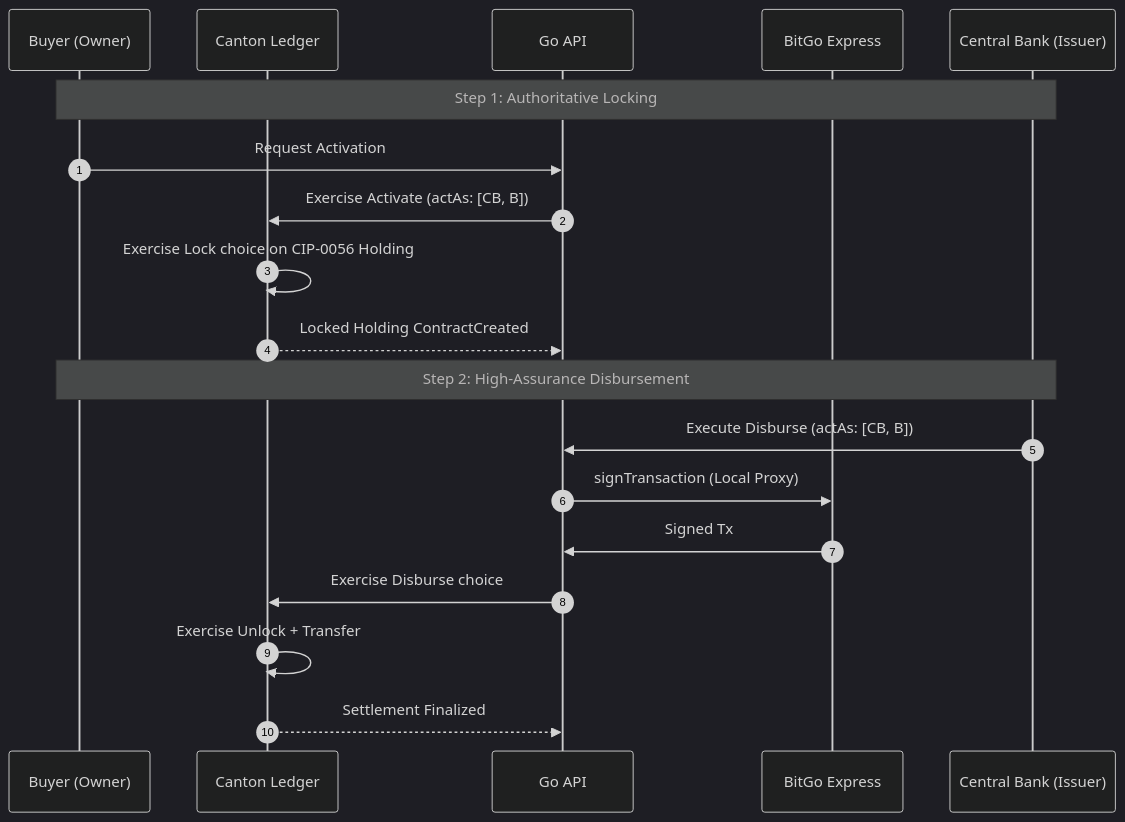
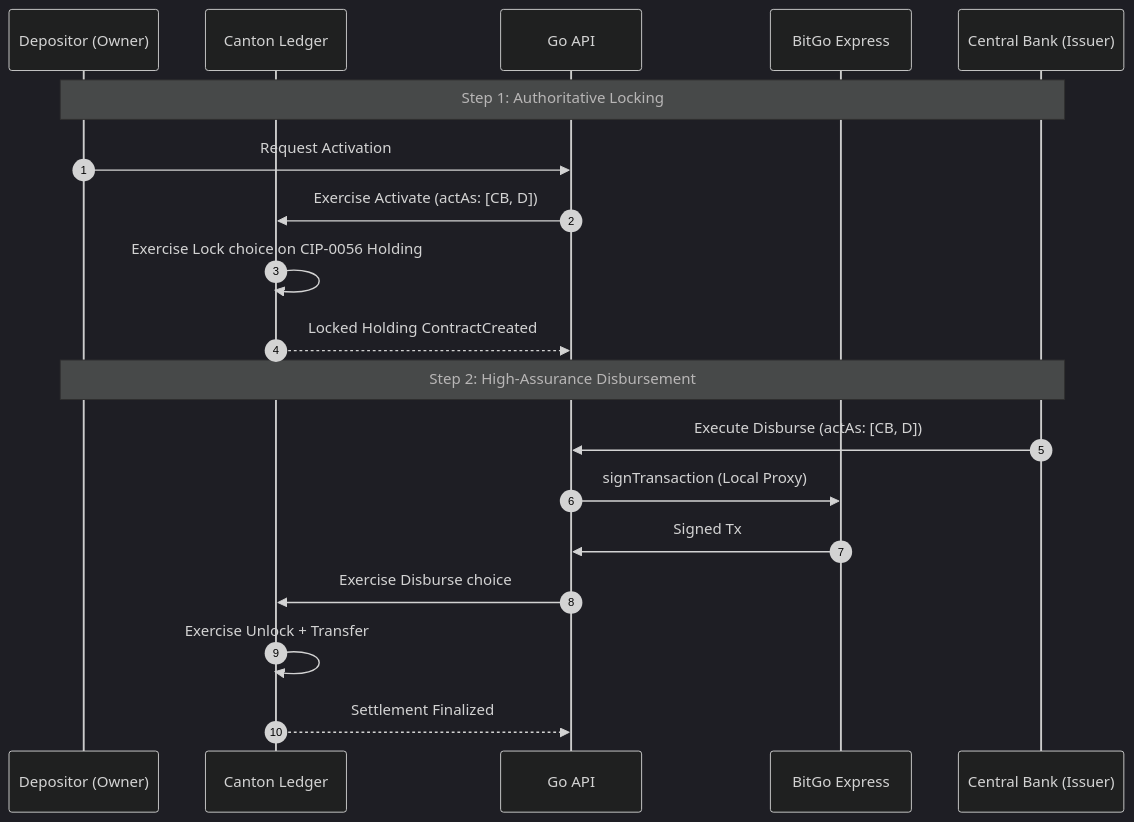
One commit to dhushon/daml-escrow changed the fourth of 5 diagrams in ARCHITECTURE_EVOLUTION.md. Above: the diagram before and after it, drawn with Mermaid (dark theme). The commit also changed other lines of this file and 7 other files, not shown here.

````diff
--- a/ARCHITECTURE_EVOLUTION.md
+++ b/ARCHITECTURE_EVOLUTION.md
@@ -160,23 +160,23 @@
 ```mermaid
 sequenceDiagram
     autonumber
-    participant B as Buyer (Owner)
+    participant D as Depositor (Owner)
     participant L as Canton Ledger
     participant G as Go API
     participant BG as BitGo Express
     participant CB as Central Bank (Issuer)
 
-    Note over B,CB: Step 1: Authoritative Locking
-    B->>G: Request Activation
-    G->>L: Exercise Activate (actAs: [CB, B])
+    Note over D,CB: Step 1: Authoritative Locking
+    D->>G: Request Activation
+    G->>L: Exercise Activate (actAs: [CB, D])
     L->>L: Exercise Lock choice on CIP-0056 Holding
     L-->>G: Locked Holding ContractCreated
     
-    Note over B,CB: Step 2: High-Assurance Disbursement
-    CB->>G: Execute Disburse (actAs: [CB, B])
+    Note over D,CB: Step 2: High-Assurance Disbursement
+    CB->>G: Execute Disburse (actAs: [CB, D])
     G->>BG: signTransaction (Local Proxy)
     BG->>G: Signed Tx
     G->>L: Exercise Disburse choice
     L->>L: Exercise Unlock + Transfer
     L-->>G: Settlement Finalized
 ```
````
